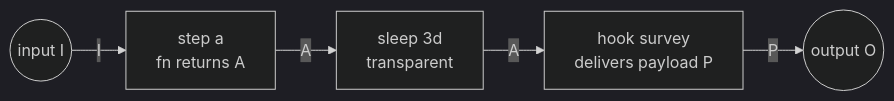
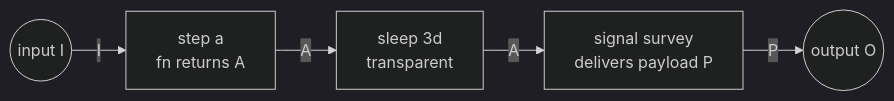
The diagram in README.md (ahmedrowaihi/iterativeflow), drawn with Mermaid (dark theme) before and after one commit. The commit also changed other lines of this file and 85 other files, not shown here.

````diff
--- a/README.md
+++ b/README.md
@@ -106,7 +159,7 @@
 ```mermaid
 flowchart LR
   i(("input I")) -->|"I"| a["step a<br/>fn returns A"]
   a -->|"A"| s["sleep 3d<br/>transparent"]
-  s -->|"A"| h["hook survey<br/>delivers payload P"]
+  s -->|"A"| h["signal survey<br/>delivers payload P"]
   h -->|"P"| o(("output O"))
 ```
````
